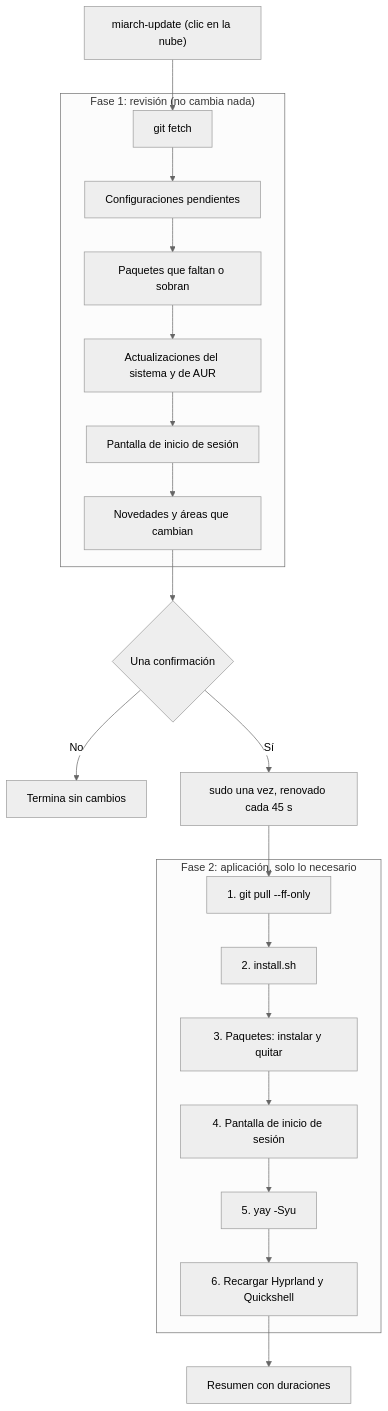
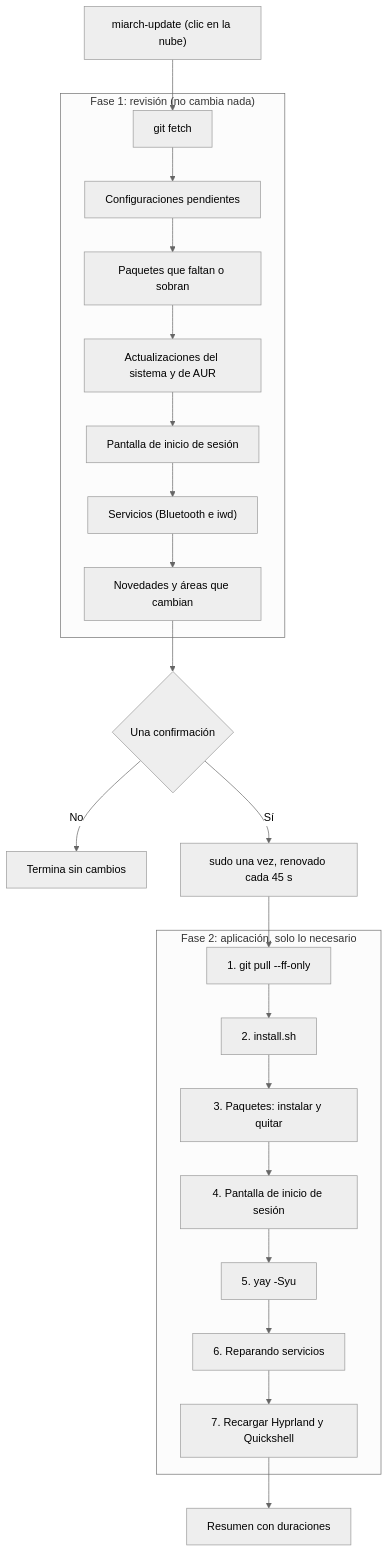
Before and after one commit to alejandro-xoxo/Miarch: the diagram in docs/actualizador.md, drawn with Mermaid (neutral theme). The commit also changed other lines of this file and 2 other files, not shown here.

````diff
--- a/docs/actualizador.md
+++ b/docs/actualizador.md
@@ -7,27 +7,29 @@
 ```mermaid
 flowchart TD
     Start["miarch-update (clic en la nube)"] --> F1
 
     subgraph Fase1["Fase 1: revisión (no cambia nada)"]
         F1["git fetch"] --> F2["Configuraciones pendientes"]
         F2 --> F3["Paquetes que faltan o sobran"]
         F3 --> F4["Actualizaciones del sistema y de AUR"]
         F4 --> F5["Pantalla de inicio de sesión"]
-        F5 --> F6["Novedades y áreas que cambian"]
+        F5 --> FServ["Servicios (Bluetooth e iwd)"]
+        FServ --> F6["Novedades y áreas que cambian"]
     end
 
     F6 --> Conf{"Una confirmación"}
     Conf -- "No" --> Fin0["Termina sin cambios"]
     Conf -- "Sí" --> Sudo["sudo una vez, renovado cada 45 s"]
 
     subgraph Fase2["Fase 2: aplicación, solo lo necesario"]
         A1["1. git pull --ff-only"] --> A2["2. install.sh"]
         A2 --> A3["3. Paquetes: instalar y quitar"]
         A3 --> A4["4. Pantalla de inicio de sesión"]
         A4 --> A5["5. yay -Syu"]
-        A5 --> A6["6. Recargar Hyprland y Quickshell"]
+        A5 --> A6["6. Reparando servicios"]
+        A6 --> A7["7. Recargar Hyprland y Quickshell"]
     end
 
     Sudo --> A1
-    A6 --> Resumen["Resumen con duraciones"]
+    A7 --> Resumen["Resumen con duraciones"]
 ```
````
